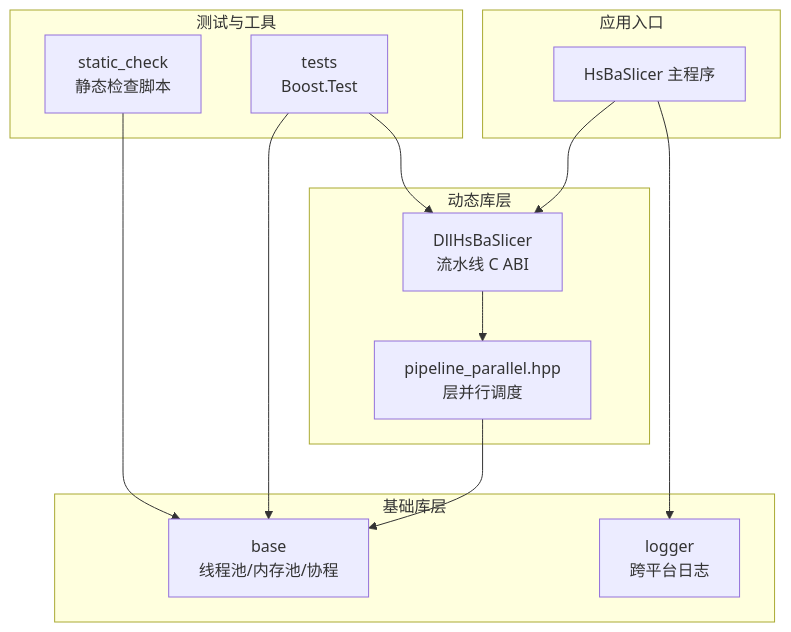
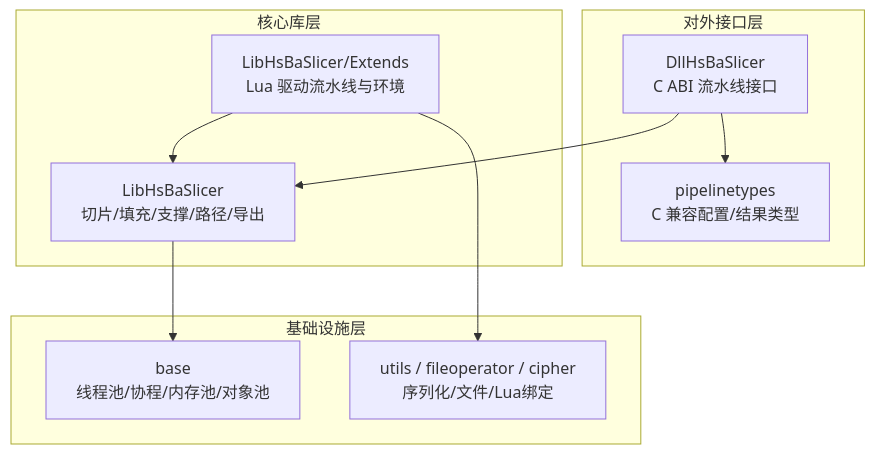
Before and after one commit to hsmbanlance/HsBaSlicer: the first of 8 diagrams in .qoder/repowiki/zh/content/高级主题/高级主题.md, drawn with Mermaid. The commit also changed other lines of this file and 1135 other files, not shown here.

````diff
--- a/.qoder/repowiki/zh/content/高级主题/高级主题.md
+++ b/.qoder/repowiki/zh/content/高级主题/高级主题.md
@@ -42,25 +49,20 @@
 ```mermaid
 graph TB
-subgraph "应用入口"
-App["HsBaSlicer 主程序"]
+subgraph "对外接口层"
+DLL["DllHsBaSlicer<br/>C ABI 流水线接口"]
+TYPES["pipelinetypes<br/>C 兼容配置/结果类型"]
 end
-subgraph "动态库层"
-DLL["DllHsBaSlicer<br/>流水线 C ABI"]
-Parallel["pipeline_parallel.hpp<br/>层并行调度"]
+subgraph "核心库层"
+LIB["LibHsBaSlicer<br/>切片/填充/支撑/路径/导出"]
+EXT["LibHsBaSlicer/Extends<br/>Lua 驱动流水线与环境"]
 end
-subgraph "基础库层"
-Base["base<br/>线程池/内存池/协程"]
-Logger["logger<br/>跨平台日志"]
+subgraph "基础设施层"
+BASE["base<br/>线程池/协程/内存池/对象池"]
+UTILS["utils / fileoperator / cipher<br/>序列化/文件/Lua绑定"]
 end
-subgraph "测试与工具"
-Tests["tests<br/>Boost.Test"]
-StaticCheck["static_check<br/>静态检查脚本"]
-end
-App --> DLL
-DLL --> Parallel
-Parallel --> Base
-App --> Logger
-Tests --> Base
-Tests --> DLL
-StaticCheck --> Base
+DLL --> LIB
+DLL --> TYPES
+LIB --> BASE
+EXT --> LIB
+EXT --> UTILS
 ```
````
